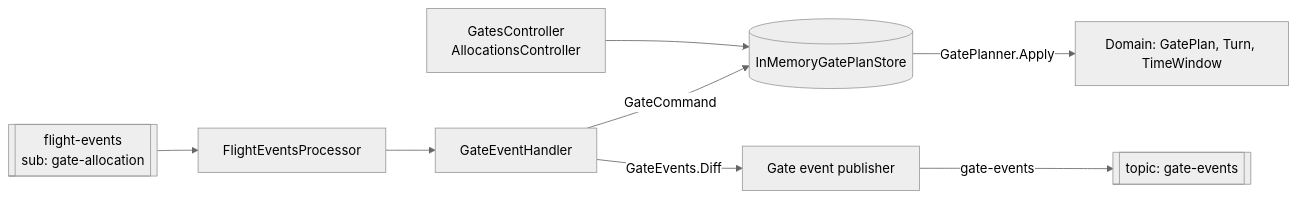
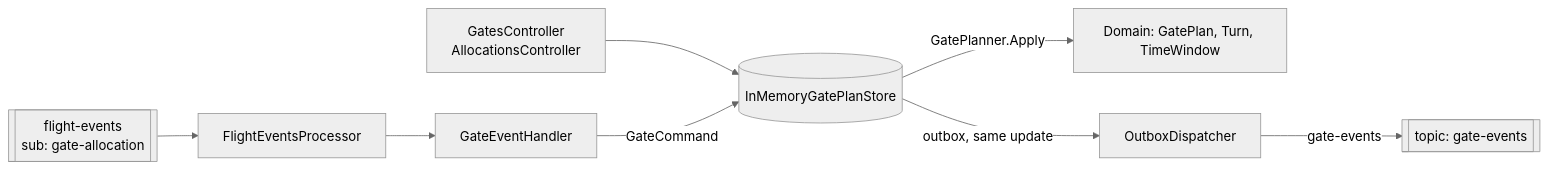
The diagram in docs/service.md (aeroflow-air/svc-gate-allocation), drawn with Mermaid (neutral theme) before and after one commit. The commit also changed other lines of this file and 13 other files, not shown here.

First line of the commit message:
Reliable gate event publishing: outbox and deterministic ids

````diff
--- a/docs/service.md
+++ b/docs/service.md
@@ -37,9 +37,9 @@
 ```mermaid
 flowchart LR
   FE[[flight-events<br/>sub: gate-allocation]] --> P[FlightEventsProcessor] --> H[GateEventHandler]
   API[GatesController<br/>AllocationsController] --> S
   H -->|GateCommand| S[(InMemoryGatePlanStore)]
   S -->|GatePlanner.Apply| D[Domain: GatePlan, Turn, TimeWindow]
-  H -->|GateEvents.Diff| PUB[Gate event publisher]
-  PUB -->|gate-events| GE[[topic: gate-events]]
+  S -->|outbox, same update| OB[OutboxDispatcher]
+  OB -->|gate-events| GE[[topic: gate-events]]
 ```
````
